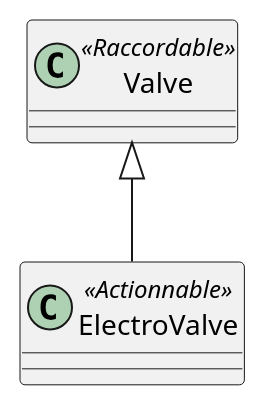
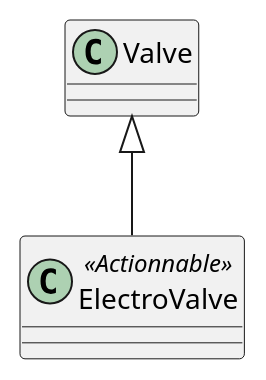
One commit to beerfactory/brewbox-uml changed the diagram in src/class/include/valve.iuml. Above: the diagram before and after it, drawn with PlantUML. The commit also changed 9 other files, not shown here.

```diff
--- a/src/class/include/valve.iuml
+++ b/src/class/include/valve.iuml
@@ -1,7 +1,7 @@
-class Valve  <<Raccordable>> {
+class Valve  {
 }
 
 class ElectroValve <<Actionnable>> {
 }
 
 Valve <|-- ElectroValve
```
